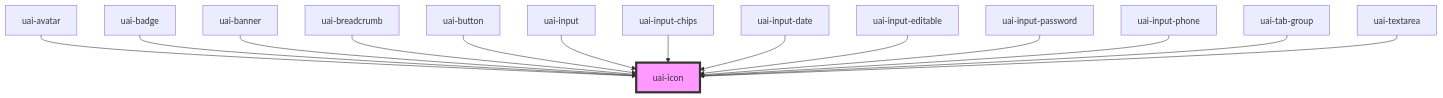
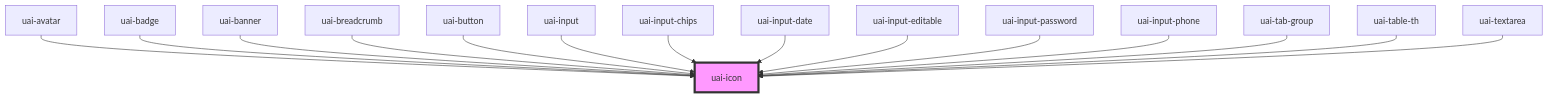
The diagram in src/components/uai-icon/readme.md (takenet/blip-ds), drawn with Mermaid before and after one commit. The commit also changed other lines of this file and 45 other files, not shown here.

First line of the commit message:
feat: add UAI table and deprecate bds-table FROH-90

````diff
--- a/src/components/uai-icon/readme.md
+++ b/src/components/uai-icon/readme.md
@@ -58,17 +59,18 @@
 ```mermaid
 graph TD;
   uai-avatar --> uai-icon
   uai-badge --> uai-icon
   uai-banner --> uai-icon
   uai-breadcrumb --> uai-icon
   uai-button --> uai-icon
   uai-input --> uai-icon
   uai-input-chips --> uai-icon
   uai-input-date --> uai-icon
   uai-input-editable --> uai-icon
   uai-input-password --> uai-icon
   uai-input-phone --> uai-icon
   uai-tab-group --> uai-icon
+  uai-table-th --> uai-icon
   uai-textarea --> uai-icon
   style uai-icon fill:#f9f,stroke:#333,stroke-width:4px
 ```
````
